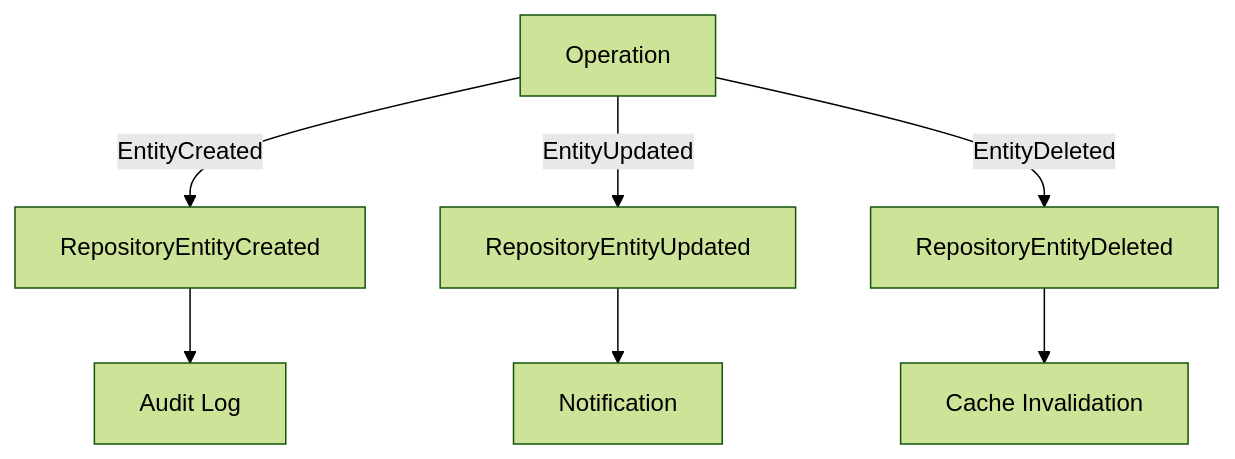
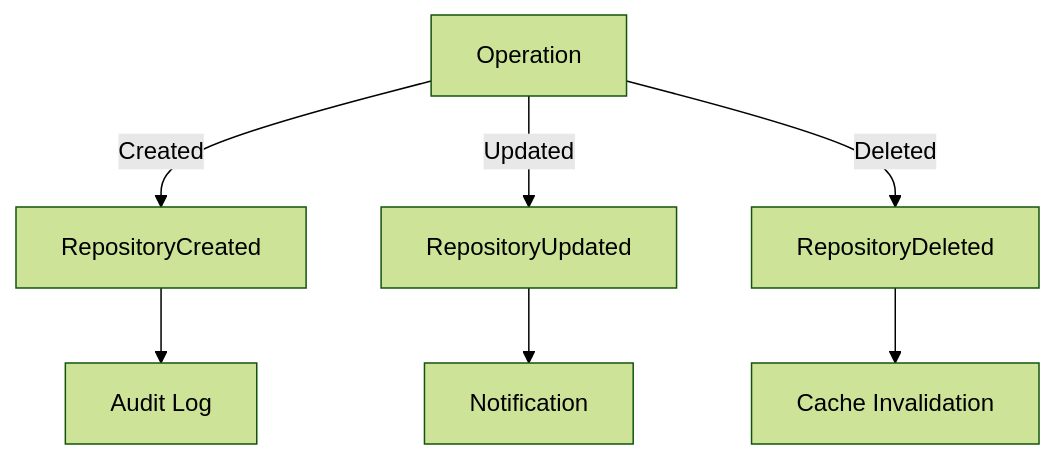
Before and after one commit to GigiArteni/apiato-repository: the third of 6 diagrams in docs/architecture.md, drawn with Mermaid (forest theme). The commit also changed 43 other files, not shown here.

````diff
--- a/docs/architecture.md
+++ b/docs/architecture.md
@@ -45,9 +45,9 @@
 ```mermaid
 graph TD;
-    Operation -->|EntityCreated| Event1[RepositoryEntityCreated]
-    Operation -->|EntityUpdated| Event2[RepositoryEntityUpdated]
-    Operation -->|EntityDeleted| Event3[RepositoryEntityDeleted]
+    Operation -->|Created| Event1[RepositoryCreated]
+    Operation -->|Updated| Event2[RepositoryUpdated]
+    Operation -->|Deleted| Event3[RepositoryDeleted]
     Event1 --> Listener1[Audit Log]
     Event2 --> Listener2[Notification]
     Event3 --> Listener3[Cache Invalidation]
 ```
````
